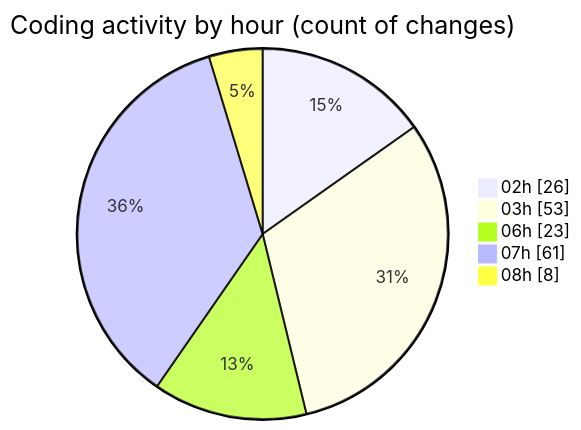
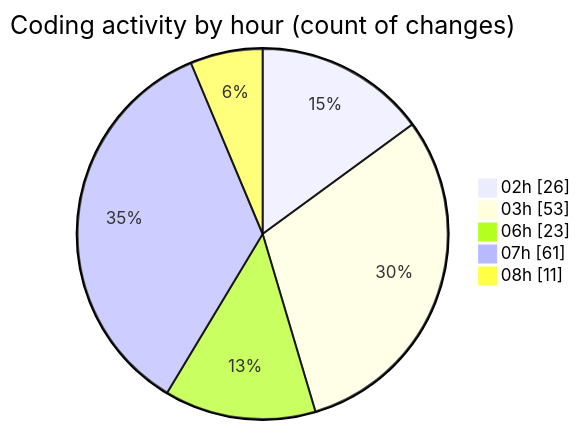
The second of 2 diagrams in 2025-02-22/micros/README.md (charlie-sans/code-tracking), drawn with Mermaid before and after one commit. The commit also changed other lines of this file and 1 other file, not shown here.

````diff
--- a/2025-02-22/micros/README.md
+++ b/2025-02-22/micros/README.md
@@ -72,9 +72,9 @@
 ```mermaid
 pie showData
 title Coding activity by hour (count of changes)
 "02h" : 26
 "03h" : 53
 "06h" : 23
 "07h" : 61
-"08h" : 8
+"08h" : 11
 ```
````
